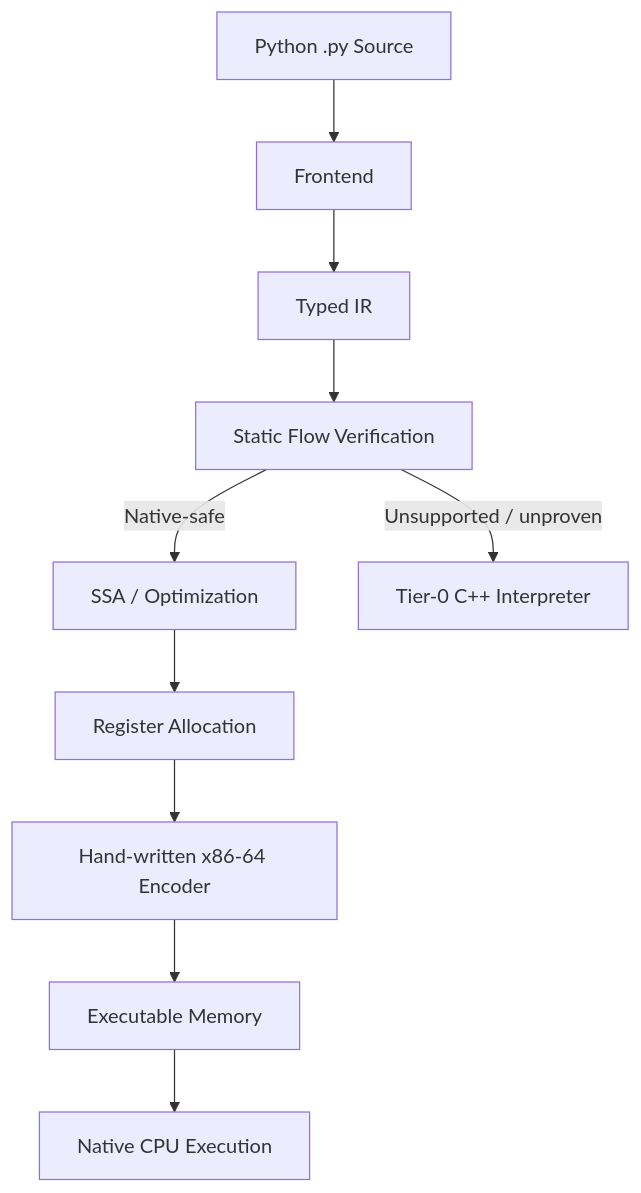
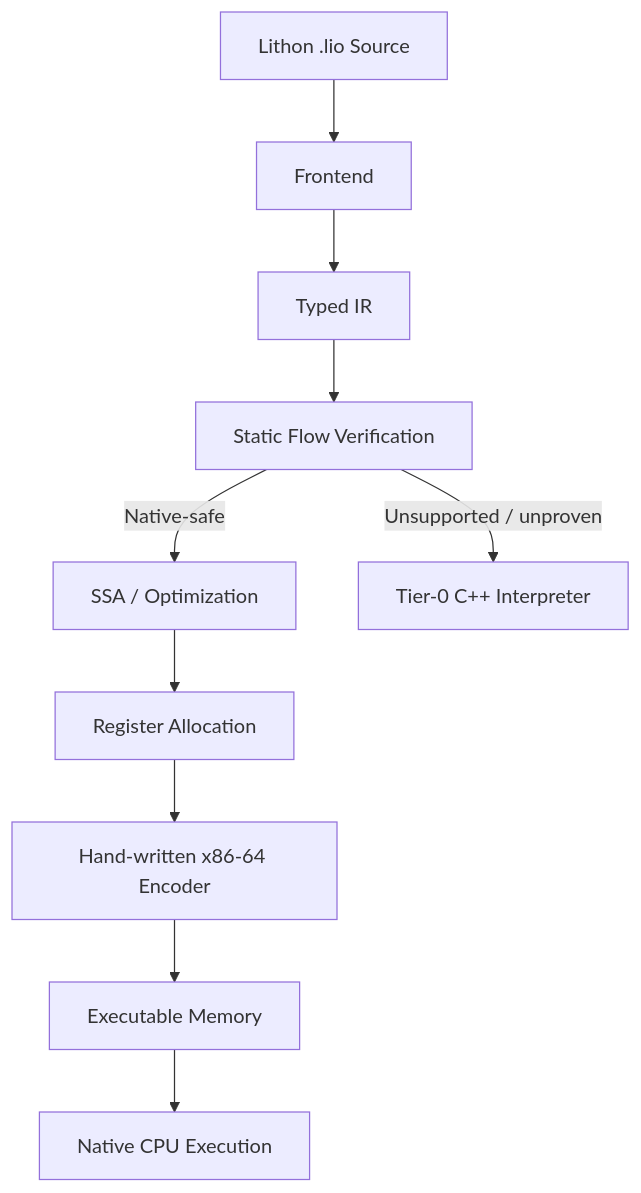
The diagram in README.md (Project-Lithon/Lithon), drawn with Mermaid before and after one commit. The commit also changed other lines of this file and 192 other files, not shown here.

First line of the commit message:
lithon: make .lio the source extension; fix f-string evaluation order

````diff
--- a/README.md
+++ b/README.md
@@ -335,14 +348,14 @@
 ```mermaid
 graph TD
-    A[Python .py Source] --> B[Frontend]
+    A[Lithon .lio Source] --> B[Frontend]
     B --> C[Typed IR]
     C --> D[Static Flow Verification]
 
     D -->|Native-safe| E[SSA / Optimization]
     E --> F[Register Allocation]
     F --> G[Hand-written x86-64 Encoder]
     G --> H[Executable Memory]
     H --> I[Native CPU Execution]
 
     D -->|Unsupported / unproven| J[Tier-0 C++ Interpreter]
 ```
````
